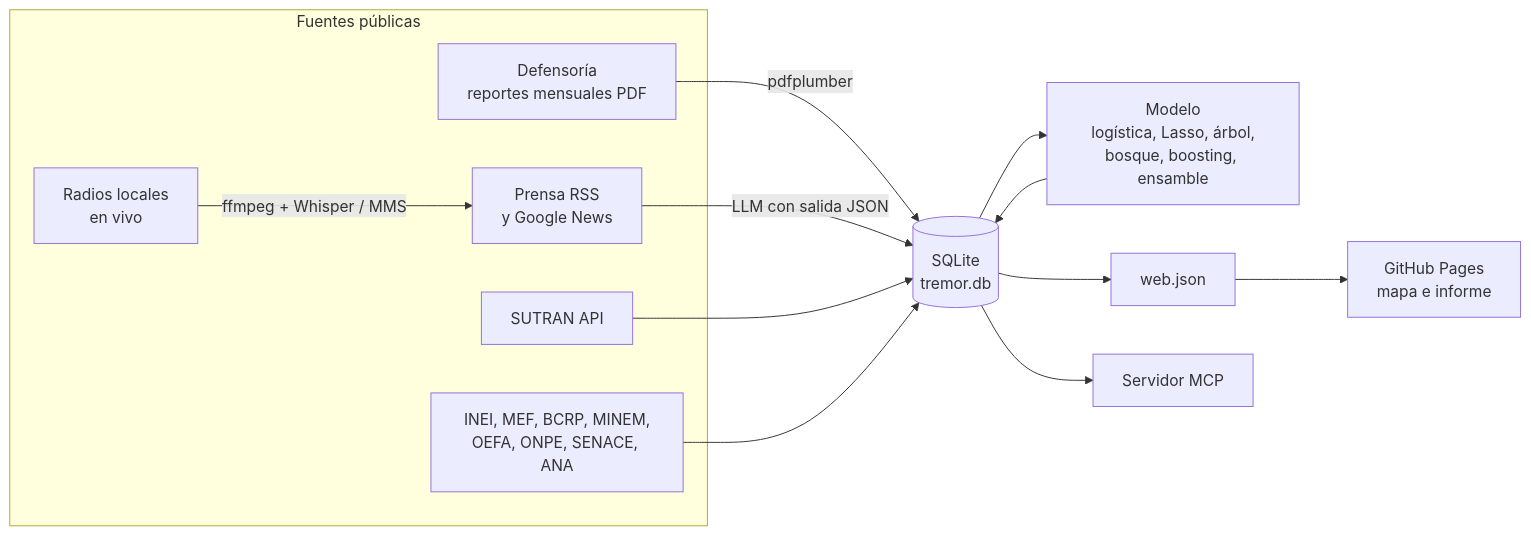
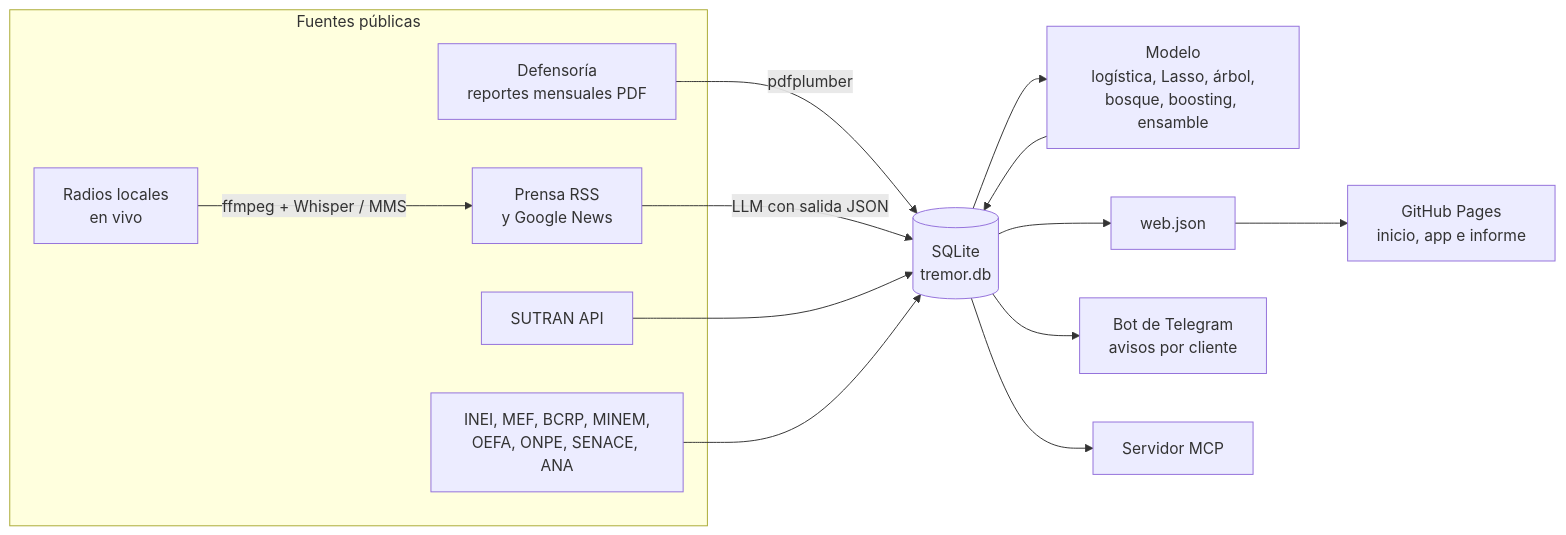
Before and after one commit to nicosil02/tremor: the diagram in README.md, drawn with Mermaid. The commit also changed other lines of this file and 13 other files, not shown here.

First line of the commit message:
Página de inicio, metodología por servicios y planes que cubren el costo (#46)

````diff
--- a/README.md
+++ b/README.md
@@ -106,20 +120,21 @@
 ```mermaid
 flowchart LR
   subgraph Fuentes públicas
     DEF[Defensoría<br>reportes mensuales PDF]
     PRE[Prensa RSS<br>y Google News]
     RAD[Radios locales<br>en vivo]
     SUT[SUTRAN API]
     EST[INEI, MEF, BCRP, MINEM,<br>OEFA, ONPE, SENACE, ANA]
   end
   DEF -->|pdfplumber| DB[(SQLite<br>tremor.db)]
   PRE -->|LLM con salida JSON| DB
   RAD -->|ffmpeg + Whisper / MMS| PRE
   SUT --> DB
   EST --> DB
   DB --> MOD[Modelo<br>logística, Lasso, árbol,<br>bosque, boosting, ensamble]
   MOD --> DB
   DB --> WEB[web.json]
-  WEB --> PAG[GitHub Pages<br>mapa e informe]
+  WEB --> PAG[GitHub Pages<br>inicio, app e informe]
+  DB --> TG[Bot de Telegram<br>avisos por cliente]
   DB --> MCP[Servidor MCP]
 ```
````
